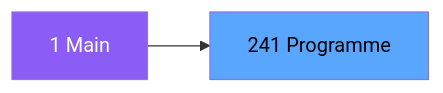
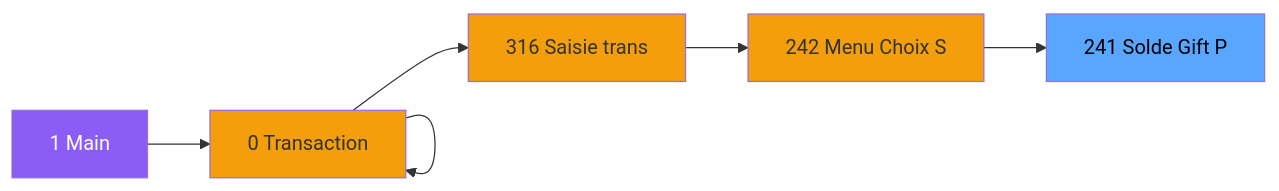
Before and after one commit to thonyAGP/magic-migration: the second of 3 diagrams in .openspec/specs/ADH-IDE-241.md, drawn with Mermaid. The commit also changed other lines of this file and 323 other files, not shown here.

````diff
--- a/.openspec/specs/ADH-IDE-241.md
+++ b/.openspec/specs/ADH-IDE-241.md
@@ -98,8 +109,23 @@
 ```mermaid
 graph LR
     M[1 Main]
-    T[241 Programme]
-    M --> T
+    N0[0 Transaction ]
+    N0[0 Transaction ]
+    N0[0 Transaction ]
+    N316[316 Saisie trans]
+    N242[242 Menu Choix S]
+    T[241 Solde Gift P]
+    M --> N0
+    N0 --> N0
+    N0 --> N0
+    N0 --> N316
+    N316 --> N242
+    N242 --> T
     style M fill:#8b5cf6,color:#fff
+    style N0 fill:#f59e0b
+    style N0 fill:#f59e0b
+    style N0 fill:#f59e0b
+    style N316 fill:#f59e0b
+    style N242 fill:#f59e0b
     style T fill:#58a6ff,color:#000
 ```
````
